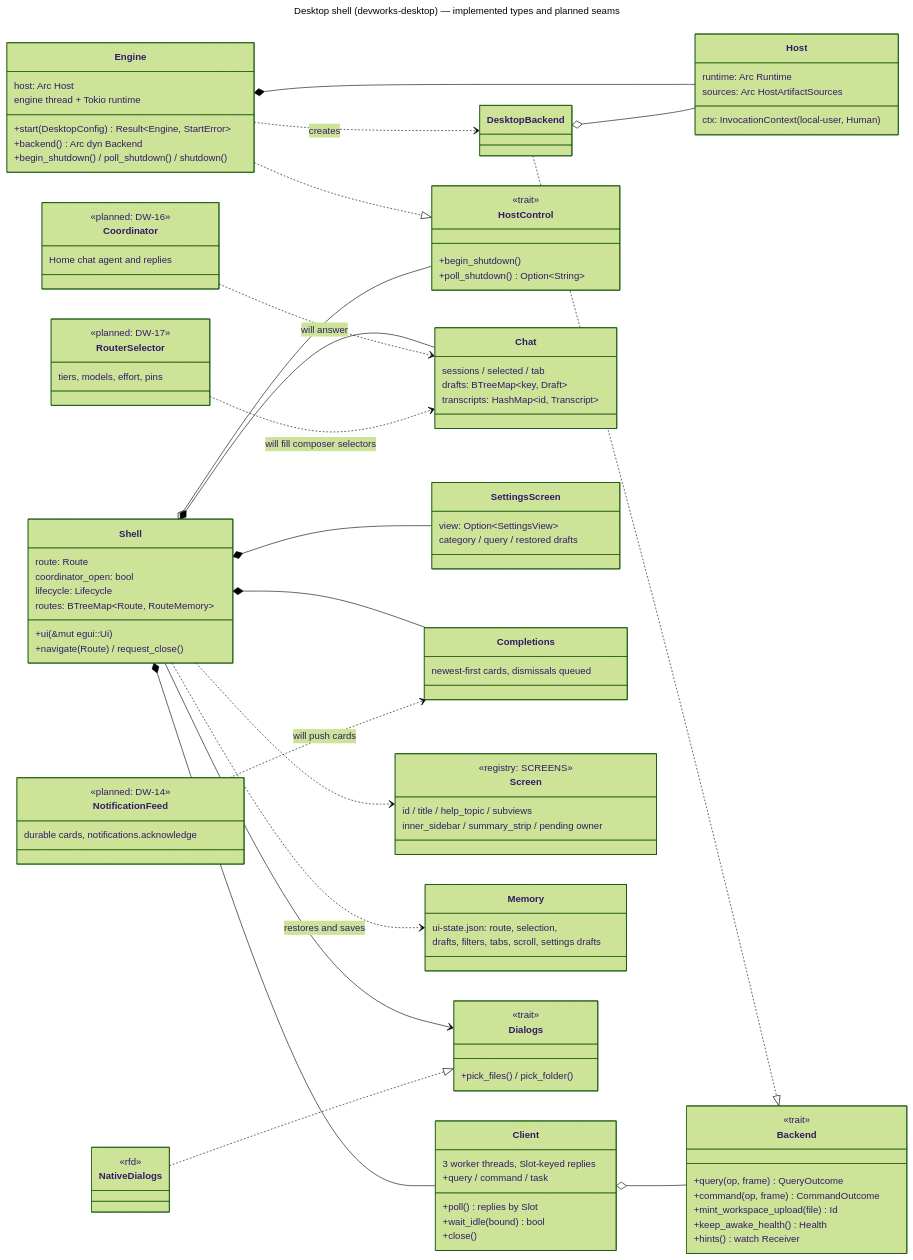
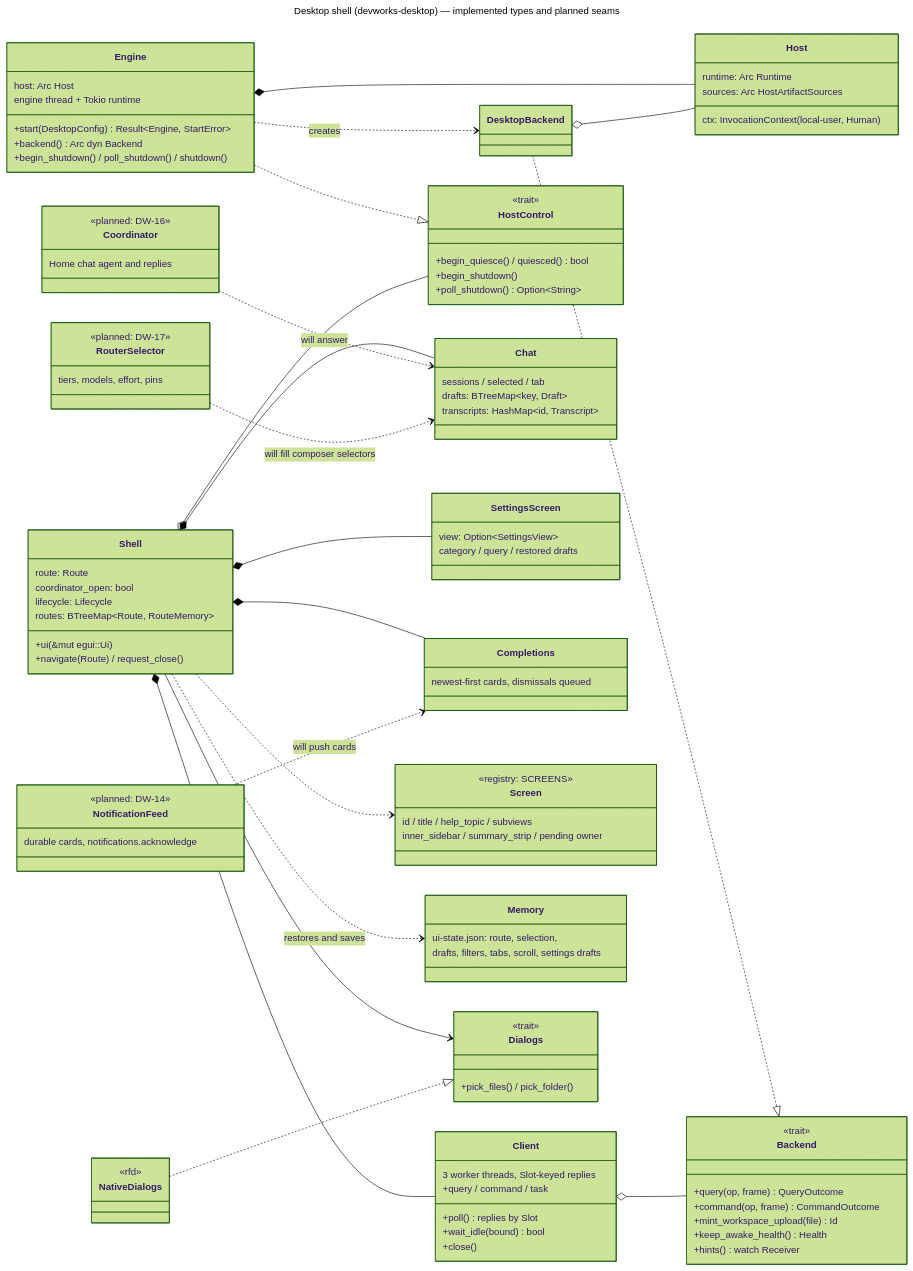
One commit to SceneWorks/DevWorks changed the diagram in docs/architecture/visual/05-desktop-shell.mmd. Above: the diagram before and after it, drawn with Mermaid (forest theme). The commit also changed 43 other files, not shown here.

```diff
--- a/docs/architecture/visual/05-desktop-shell.mmd
+++ b/docs/architecture/visual/05-desktop-shell.mmd
@@ -1,102 +1,103 @@
 ---
 title: Desktop shell (devworks-desktop) — implemented types and planned seams
 ---
 classDiagram
   direction LR
   class Engine {
     host: Arc Host
     engine thread + Tokio runtime
     +start(DesktopConfig) Result~Engine, StartError~
     +backend() Arc dyn Backend
     +begin_shutdown() / poll_shutdown() / shutdown()
   }
   class Host {
     runtime: Arc Runtime
     ctx: InvocationContext (local-user, Human)
     sources: Arc HostArtifactSources
   }
   class Backend {
     <<trait>>
     +query(op, frame) QueryOutcome
     +command(op, frame) CommandOutcome
     +mint_workspace_upload(file) Id
     +keep_awake_health() Health
     +hints() watch Receiver
   }
   class DesktopBackend
   class Client {
     3 worker threads, Slot-keyed replies
     +query / command / task
     +poll() replies by Slot
     +wait_idle(bound) bool
     +close()
   }
   class HostControl {
     <<trait>>
+    +begin_quiesce() / quiesced() bool
     +begin_shutdown()
     +poll_shutdown() Option~String~
   }
   class Shell {
     route: Route
     coordinator_open: bool
     lifecycle: Lifecycle
     routes: BTreeMap~Route, RouteMemory~
     +ui(&mut egui::Ui)
     +navigate(Route) / request_close()
   }
   class Chat {
     sessions / selected / tab
     drafts: BTreeMap~key, Draft~
     transcripts: HashMap~id, Transcript~
   }
   class SettingsScreen {
     view: Option~SettingsView~
     category / query / restored drafts
   }
   class Completions {
     newest-first cards, dismissals queued
   }
   class Screen {
     <<registry: SCREENS>>
     id / title / help_topic / subviews
     inner_sidebar / summary_strip / pending owner
   }
   class Memory {
     ui-state.json: route, selection,
     drafts, filters, tabs, scroll, settings drafts
   }
   class Dialogs {
     <<trait>>
     +pick_files() / pick_folder()
   }
   class NativeDialogs { <<rfd>> }
   class Coordinator {
     <<planned: DW-16>>
     Home chat agent and replies
   }
   class RouterSelector {
     <<planned: DW-17>>
     tiers, models, effort, pins
   }
   class NotificationFeed {
     <<planned: DW-14>>
     durable cards, notifications.acknowledge
   }
   Engine *-- Host
   Engine ..|> HostControl
   Engine ..> DesktopBackend : creates
   DesktopBackend ..|> Backend
   DesktopBackend o-- Host
   Client o-- Backend
   Shell *-- Client
   Shell *-- Chat
   Shell *-- SettingsScreen
   Shell *-- Completions
   Shell o-- HostControl
   Shell --> Dialogs
   Shell ..> Screen
   Shell ..> Memory : restores and saves
   NativeDialogs ..|> Dialogs
   NotificationFeed ..> Completions : will push cards
   Coordinator ..> Chat : will answer
   RouterSelector ..> Chat : will fill composer selectors
```
